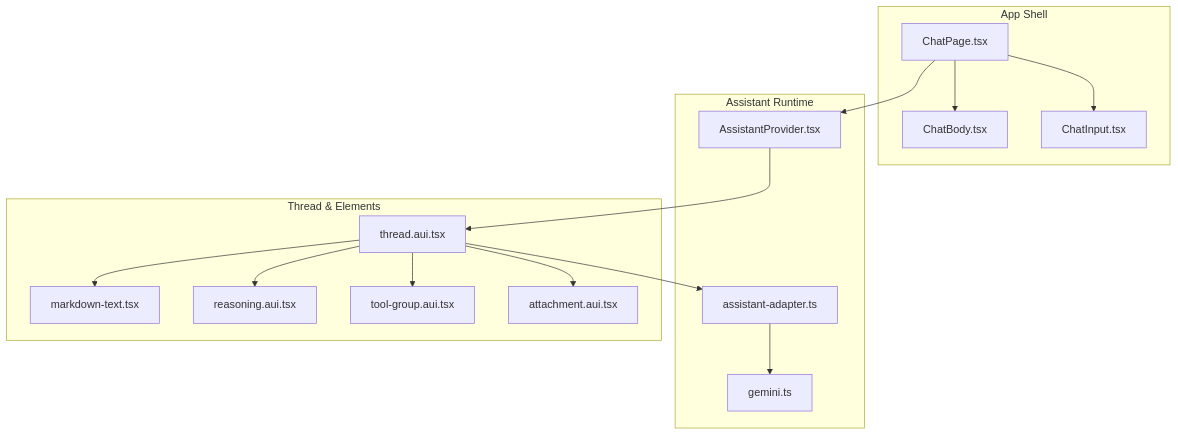
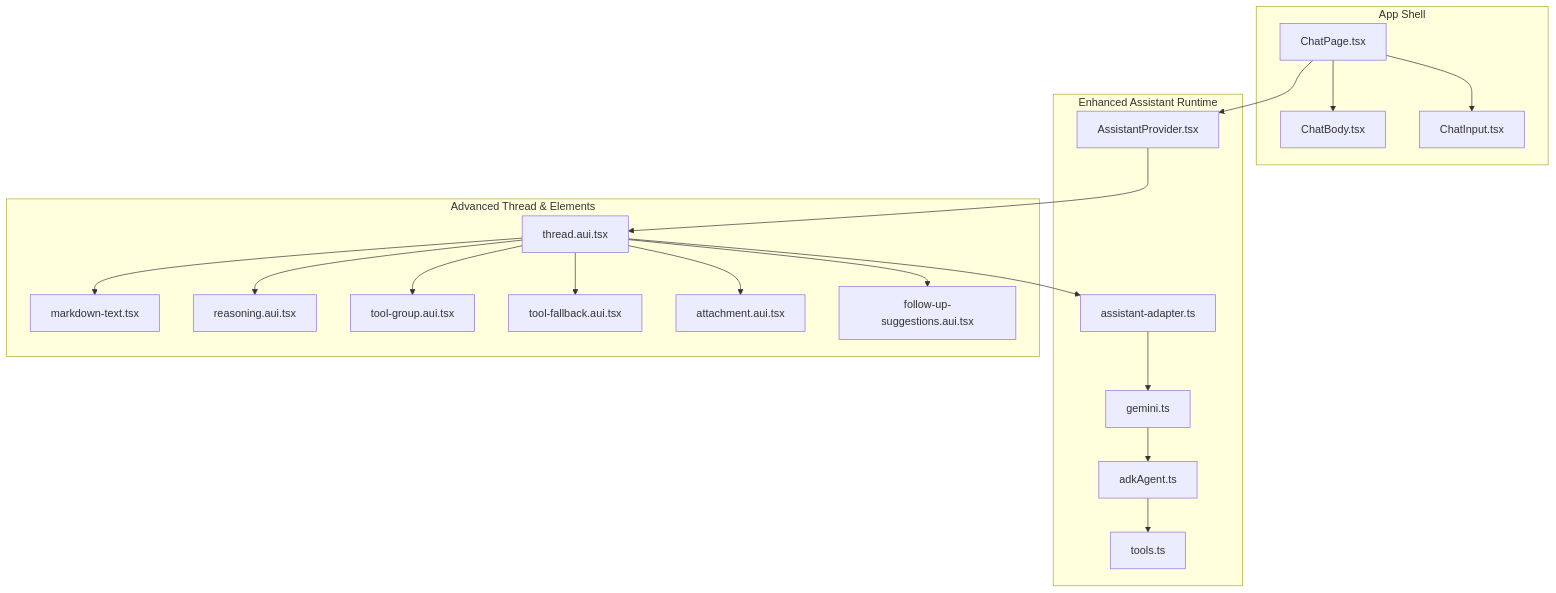
The first of 15 diagrams in .qoder/repowiki/en/content/AI Integration/Assistant UI Components.md (MudassarAbrar/FreshRoute-Ai), drawn with Mermaid before and after one commit. The commit also changed other lines of this file and 105 other files, not shown here.

Commit message:
Fix build: remove v4-only shadcn components, unused ai-elements/assistant-ui, fix Tailwind v3 CSS compatibility

````diff
--- a/.qoder/repowiki/en/content/AI Integration/Assistant UI Components.md
+++ b/.qoder/repowiki/en/content/AI Integration/Assistant UI Components.md
@@ -35,30 +47,38 @@
 ```mermaid
 graph TB
 subgraph "App Shell"
 ChatPage["ChatPage.tsx"]
 ChatBody["ChatBody.tsx"]
 ChatInput["ChatInput.tsx"]
 end
-subgraph "Assistant Runtime"
+subgraph "Enhanced Assistant Runtime"
 Provider["AssistantProvider.tsx"]
 Adapter["assistant-adapter.ts"]
 Gemini["gemini.ts"]
+ADK["adkAgent.ts"]
+Tools["tools.ts"]
 end
-subgraph "Thread & Elements"
+subgraph "Advanced Thread & Elements"
 Thread["thread.aui.tsx"]
 Markdown["markdown-text.tsx"]
 Reasoning["reasoning.aui.tsx"]
 ToolGroup["tool-group.aui.tsx"]
+ToolFallback["tool-fallback.aui.tsx"]
 Attachment["attachment.aui.tsx"]
+Suggestions["follow-up-suggestions.aui.tsx"]
 end
 ChatPage --> Provider
 ChatPage --> ChatBody
 ChatPage --> ChatInput
 Provider --> Thread
 Thread --> Markdown
 Thread --> Reasoning
 Thread --> ToolGroup
+Thread --> ToolFallback
 Thread --> Attachment
+Thread --> Suggestions
 Thread --> Adapter
 Adapter --> Gemini
+Gemini --> ADK
+ADK --> Tools
 ```
````
